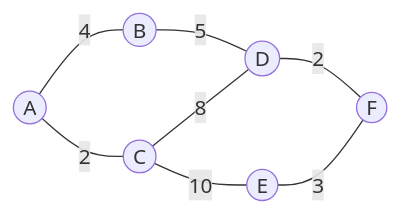
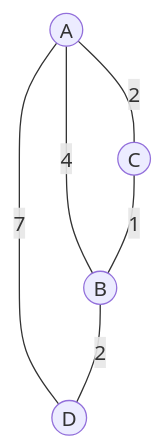
Before and after one commit to pedrotescaro/Stacklyst: the diagram in content/enade/estruturas-de-dados/grafos.md, drawn with Mermaid. The commit also changed other lines of this file and 84 other files, not shown here.

Commit message:
feat(enade): redraw study library diagrams

````diff
--- a/content/enade/estruturas-de-dados/grafos.md
+++ b/content/enade/estruturas-de-dados/grafos.md
@@ -96,10 +98,8 @@
-```mermaid Grafo ponderado não dirigido
-flowchart LR
-  A((A)) ---|4| B((B))
-  A ---|2| C((C))
-  B ---|5| D((D))
-  C ---|8| D
-  C ---|10| E((E))
-  D ---|2| F((F))
-  E ---|3| F
+```mermaid Vértices e arestas com pesos
+flowchart TB
+  A((A)) ---|"4"| B((B))
+  A ---|"2"| C((C))
+  C ---|"1"| B
+  A ---|"7"| D((D))
+  B ---|"2"| D
 ```
````
